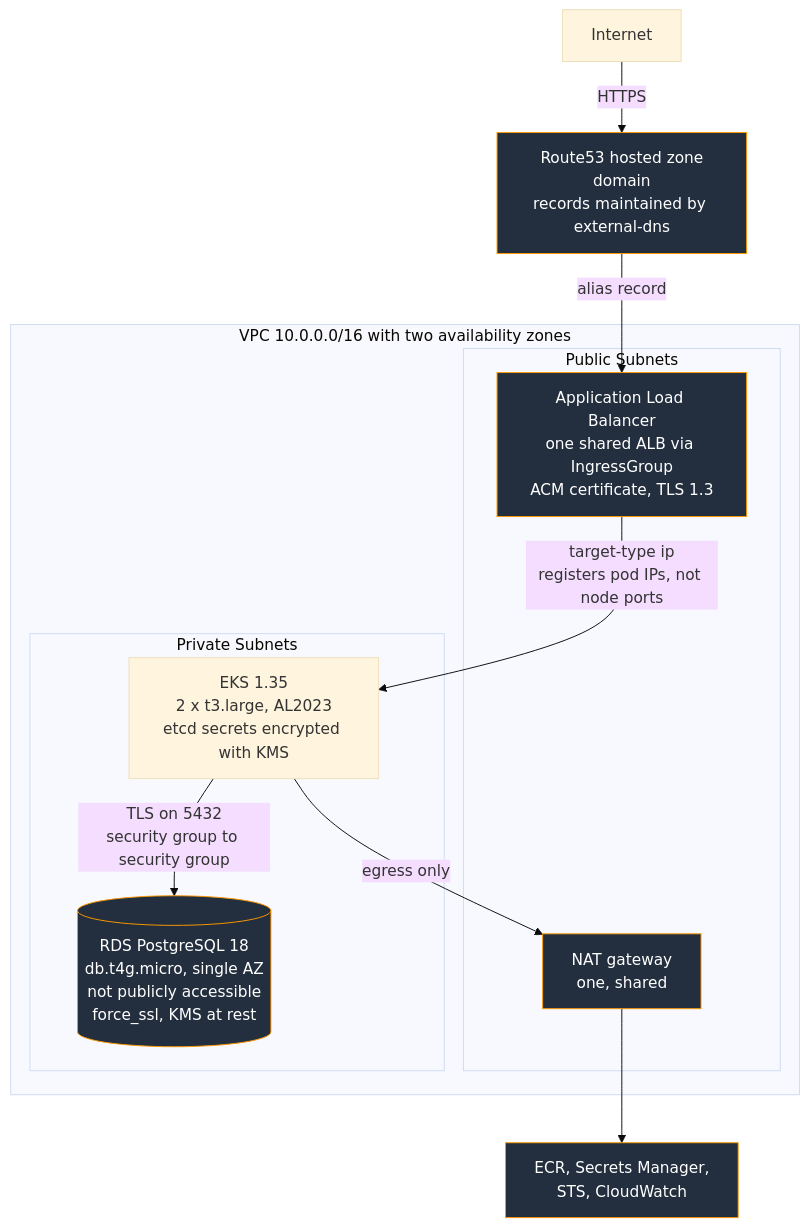
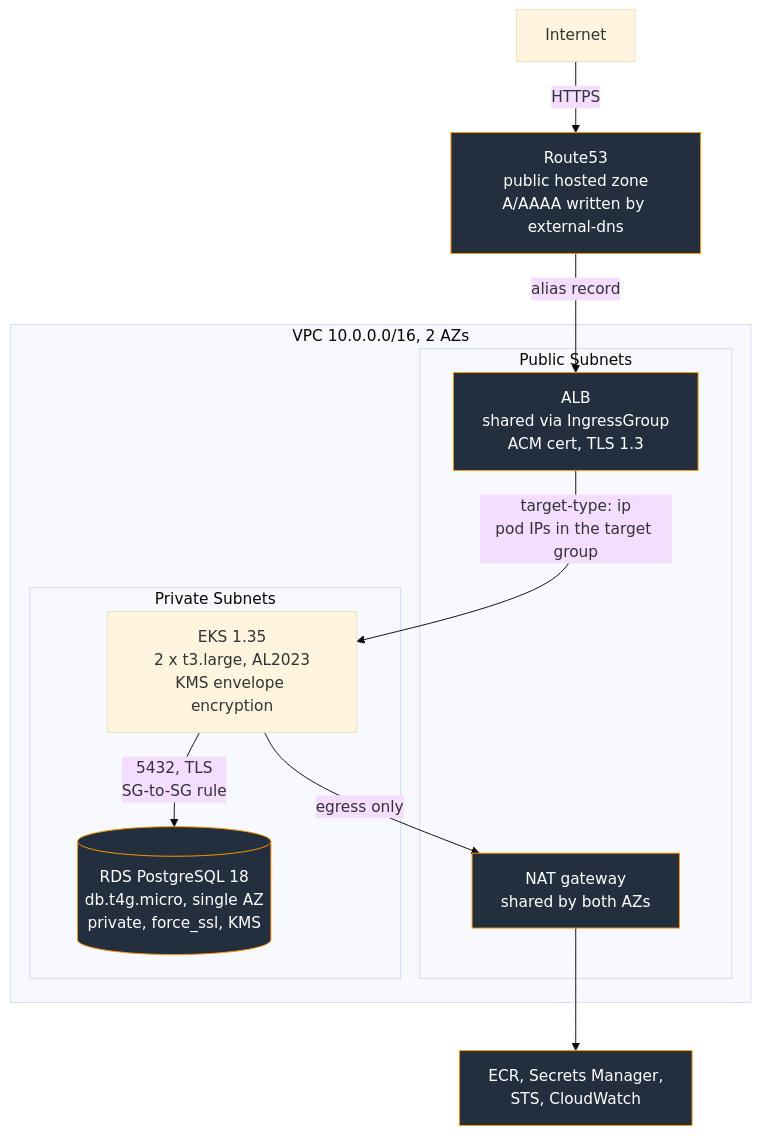
One commit to grandemeks/eks-platform changed the first of 3 diagrams in README.md. Above: the diagram before and after it, drawn with Mermaid (base theme). The commit also changed other lines of this file, not shown here.

Commit message:
docs: improved mermaid diagrams to present infra

````diff
--- a/README.md
+++ b/README.md
@@ -18,24 +18,24 @@
 ```mermaid
 flowchart TB
-    user["Internet"] -->|"HTTPS"| r53["Route53 hosted zone<br/>domain<br/>records maintained by external-dns"]
+    user["Internet"] -->|"HTTPS"| r53["Route53<br/>public hosted zone<br/>A/AAAA written by external-dns"]
     r53 -->|"alias record"| alb
 
-    subgraph VPC["VPC 10.0.0.0/16 with two availability zones"]
+    subgraph VPC["VPC 10.0.0.0/16, 2 AZs"]
         subgraph PUB["Public Subnets"]
-            alb["Application Load Balancer<br/>one shared ALB via IngressGroup<br/>ACM certificate, TLS 1.3"]
-            nat["NAT gateway<br/>one, shared"]
+            alb["ALB<br/>shared via IngressGroup<br/>ACM cert, TLS 1.3"]
+            nat["NAT gateway<br/>shared by both AZs"]
         end
         subgraph PRIV["Private Subnets"]
-            nodes["EKS 1.35<br/>2 x t3.large, AL2023<br/>etcd secrets encrypted with KMS"]
-            rds[("RDS PostgreSQL 18<br/>db.t4g.micro, single AZ<br/>not publicly accessible<br/>force_ssl, KMS at rest")]
+            nodes["EKS 1.35<br/>2 x t3.large, AL2023<br/>KMS envelope encryption"]
+            rds[("RDS PostgreSQL 18<br/>db.t4g.micro, single AZ<br/>private, force_ssl, KMS")]
         end
     end
 
-    alb -->|"target-type ip<br/>registers pod IPs, not node ports"| nodes
-    nodes -->|"TLS on 5432<br/>security group to security group"| rds
+    alb -->|"target-type: ip<br/>pod IPs in the target group"| nodes
+    nodes -->|"5432, TLS<br/>SG-to-SG rule"| rds
     nodes -->|"egress only"| nat
     nat --> aws["ECR, Secrets Manager,<br/>STS, CloudWatch"]
 
     classDef aws fill:#232f3e,stroke:#ff9900,color:#ffffff
     class alb,nat,rds,r53,aws aws
 ```
````
